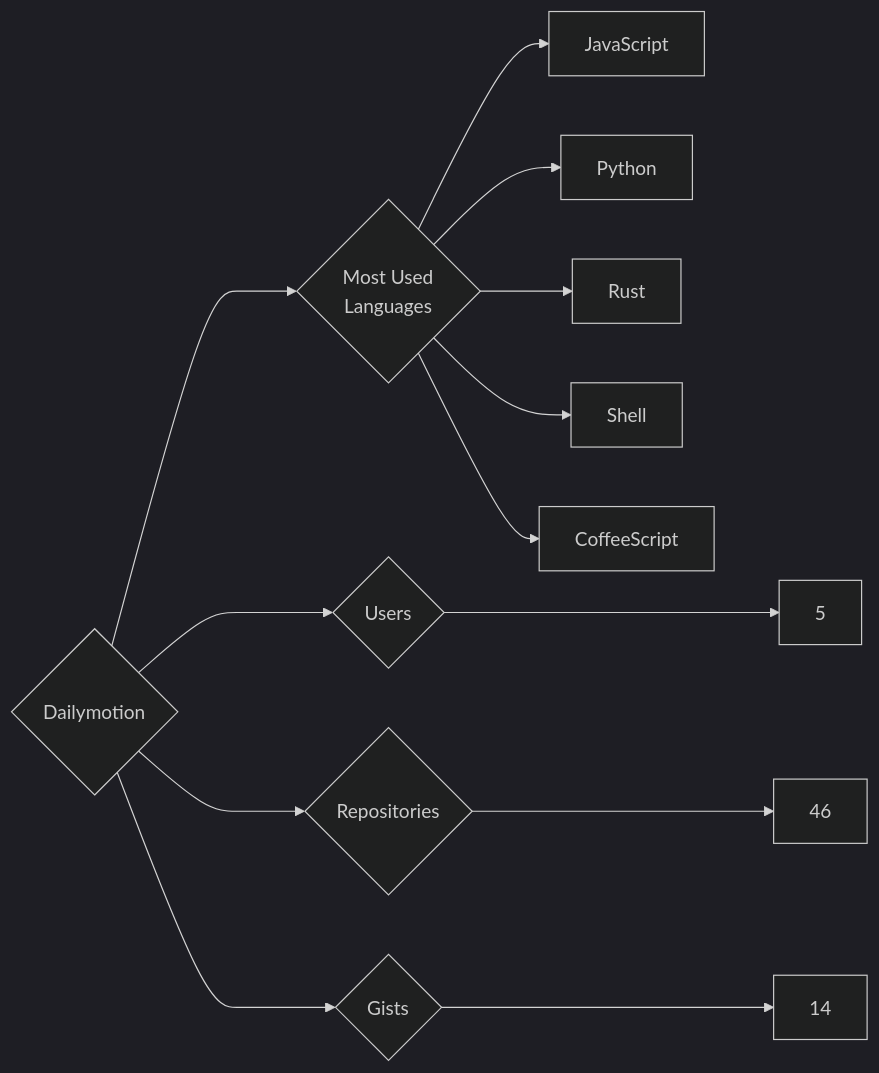
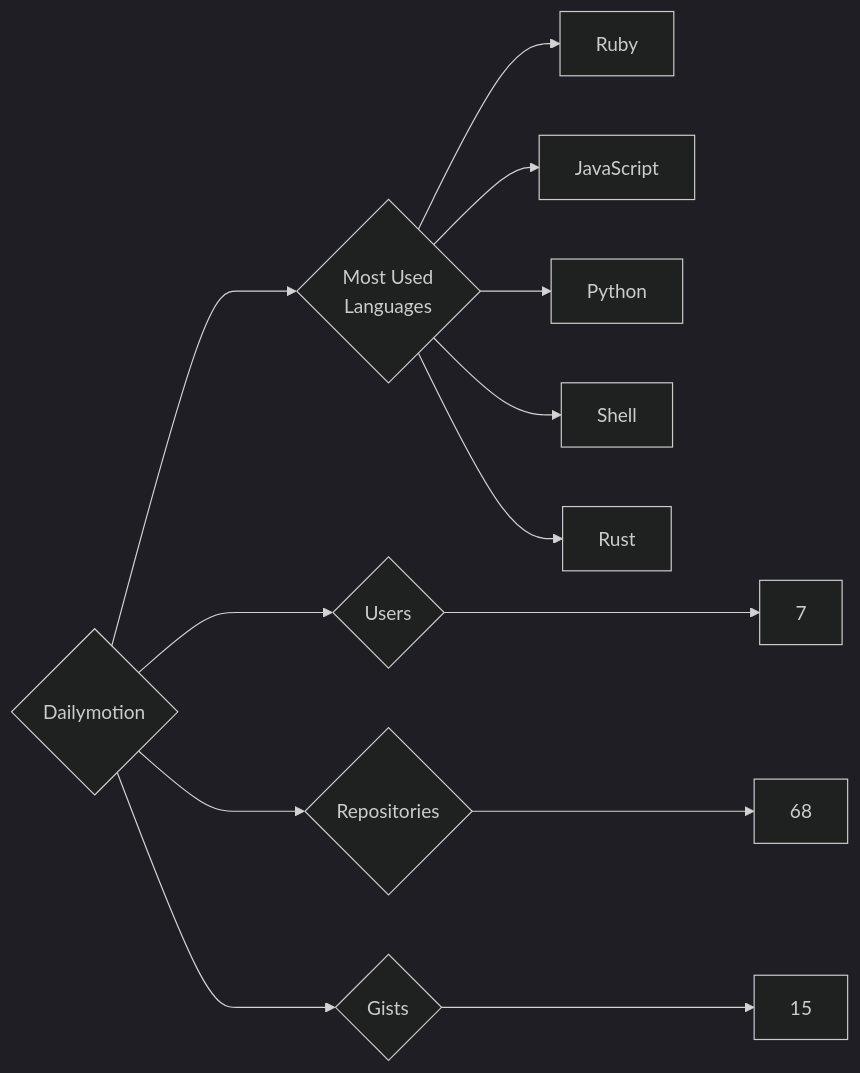
One commit to trickest/insiders changed the diagram in targets/Dailymotion/README.md. Above: the diagram before and after it, drawn with Mermaid (dark theme). The commit also changed 1170 other files, not shown here.

````diff
--- a/targets/Dailymotion/README.md
+++ b/targets/Dailymotion/README.md
@@ -3,13 +3,13 @@
 ```mermaid
 graph LR
 COMPANY_NAME{Dailymotion}
-COMPANY_NAME ---> U{Users} ---> UN[5]
-COMPANY_NAME ---> R{Repositories} ---> RN[46]
-COMPANY_NAME ---> G{Gists} ---> GN[14]
+COMPANY_NAME ---> U{Users} ---> UN[7]
+COMPANY_NAME ---> R{Repositories} ---> RN[68]
+COMPANY_NAME ---> G{Gists} ---> GN[15]
 COMPANY_NAME ---> ML{Most Used<br>Languages}
+ML --> Ruby[Ruby]
 ML --> JavaScript[JavaScript]
 ML --> Python[Python]
+ML --> Shell[Shell]
 ML --> Rust[Rust]
-ML --> Shell[Shell]
-ML --> CoffeeScript[CoffeeScript]
 ```
````
